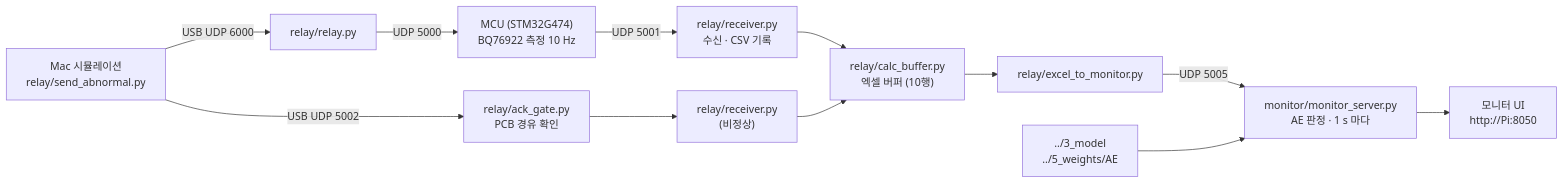
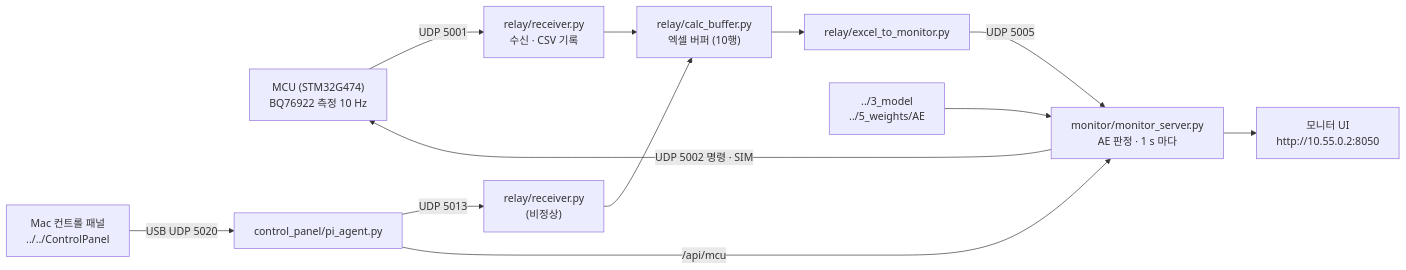
The diagram in AI_AutoEncoder/RaspberryPi/README.md (DDongs068/2026ESWContest_mobility_kimdongwooteam), drawn with Mermaid before and after one commit. The commit also changed other lines of this file and 48 other files, not shown here.

First line of the commit message:
Update to final demo system: MCU judgment, UI controls, control panel

````diff
--- a/AI_AutoEncoder/RaspberryPi/README.md
+++ b/AI_AutoEncoder/RaspberryPi/README.md
@@ -12,13 +10,14 @@
 ```mermaid
 flowchart LR
     MCU["MCU (STM32G474)<br/>BQ76922 측정 10 Hz"] -- "UDP 5001" --> RX["relay/receiver.py<br/>수신 · CSV 기록"]
-    MAC["Mac 시뮬레이션<br/>relay/send_abnormal.py"] -- "USB UDP 5002" --> GATE["relay/ack_gate.py<br/>PCB 경유 확인"]
-    GATE --> RX2["relay/receiver.py<br/>(비정상)"]
+    PANEL["Mac 컨트롤 패널<br/>../../ControlPanel"] -- "USB UDP 5020" --> AG["control_panel/pi_agent.py"]
+    AG -- "UDP 5013" --> RX2["relay/receiver.py<br/>(비정상)"]
     RX --> BUF["relay/calc_buffer.py<br/>엑셀 버퍼 (10행)"]
     RX2 --> BUF
     BUF --> X2M["relay/excel_to_monitor.py"]
     X2M -- "UDP 5005" --> MON["monitor/monitor_server.py<br/>AE 판정 · 1 s 마다"]
     MODEL["../3_model<br/>../5_weights/AE"] --> MON
-    MON --> UI["모니터 UI<br/>http://Pi:8050"]
-    MAC -- "USB UDP 6000" --> RLY["relay/relay.py"] -- "UDP 5000" --> MCU
+    MON --> UI["모니터 UI<br/>http://10.55.0.2:8050"]
+    AG -- "/api/mcu" --> MON
+    MON -- "UDP 5002 명령 · SIM" --> MCU
 ```
````
